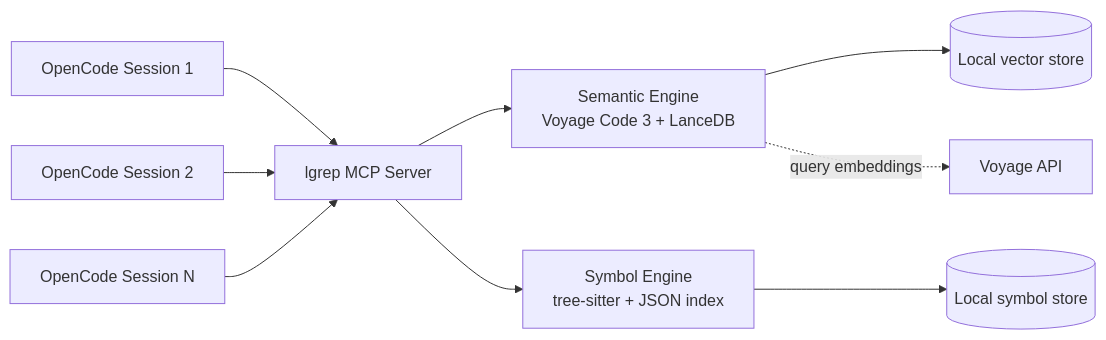
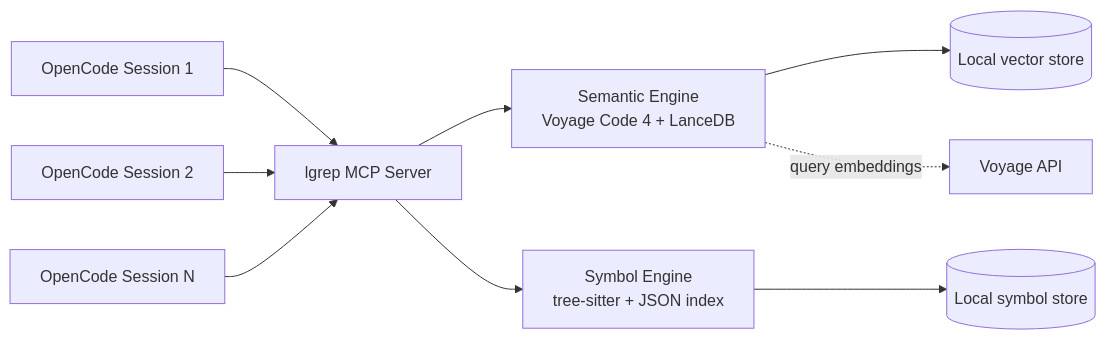
Before and after one commit to Sharper-Flow/lgrep: the diagram in README.md, drawn with Mermaid. The commit also changed other lines of this file and 13 other files, not shown here.

First line of the commit message:
feat(embeddings): migrate to voyage-code-4 with schema-carried provenance

````diff
--- a/README.md
+++ b/README.md
@@ -119,13 +119,13 @@
 ```mermaid
 flowchart LR
     A[OpenCode Session 1] --> M[lgrep MCP Server]
     B[OpenCode Session 2] --> M
     C[OpenCode Session N] --> M
 
-    M --> S[Semantic Engine\nVoyage Code 3 + LanceDB]
+    M --> S[Semantic Engine\nVoyage Code 4 + LanceDB]
     M --> Y[Symbol Engine\ntree-sitter + JSON index]
 
     S --> V[(Local vector store)]
     Y --> J[(Local symbol store)]
     S -. query embeddings .-> Q[Voyage API]
 ```
````
